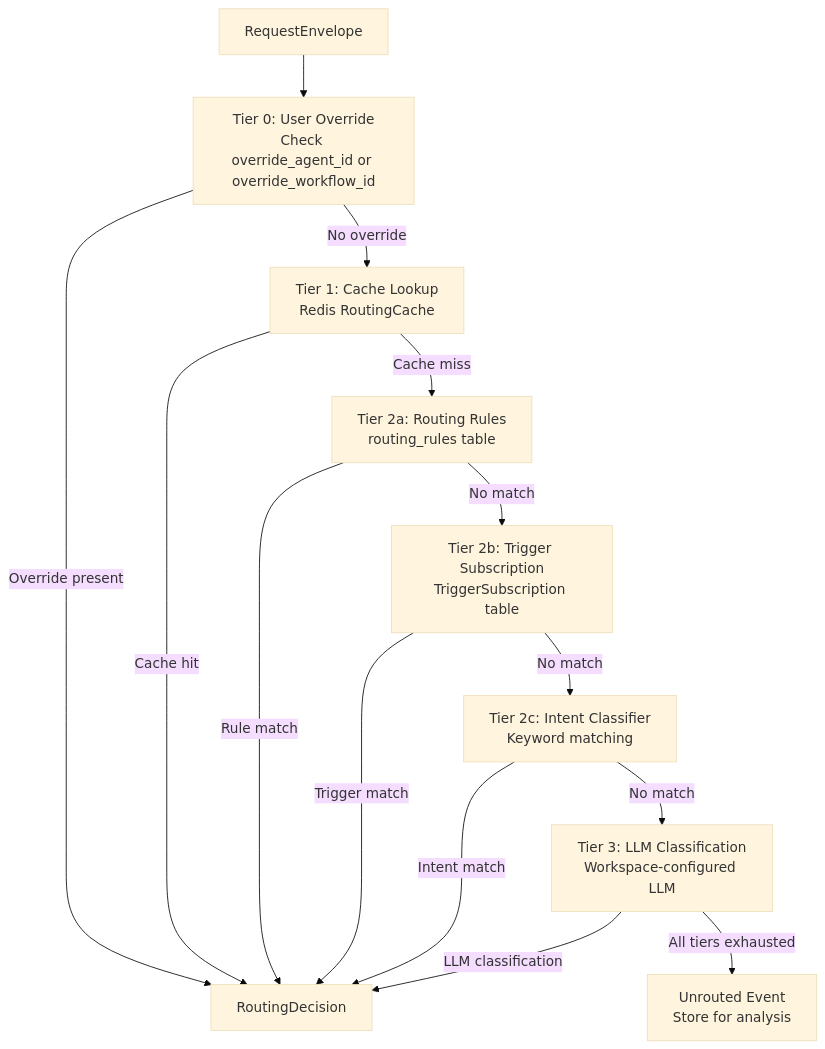
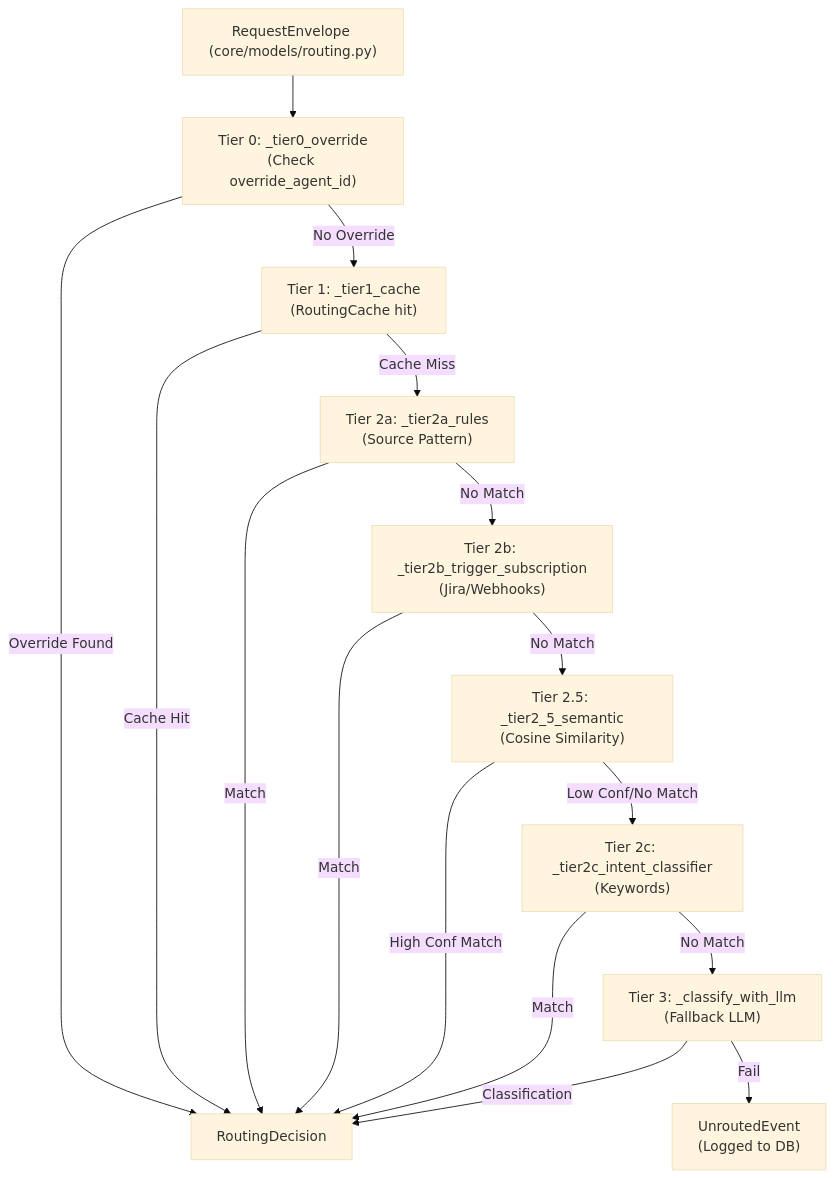
The first of 3 diagrams in docs/universal-router/tier-0-user-overrides.md (AutomatosAI/automatos-ai), drawn with Mermaid (base theme) before and after one commit. The commit also changed other lines of this file and 149 other files, not shown here.

Commit message:
docs: refresh documentation with graphify semantic scan

````diff
--- a/docs/universal-router/tier-0-user-overrides.md
+++ b/docs/universal-router/tier-0-user-overrides.md
@@ -38,26 +47,29 @@
 ```mermaid
 graph TD
-    Start["RequestEnvelope"]
-    T0["Tier 0: User Override<br/>Check override_agent_id or override_workflow_id"]
-    T1["Tier 1: Cache Lookup<br/>Redis RoutingCache"]
-    T2a["Tier 2a: Routing Rules<br/>routing_rules table"]
-    T2b["Tier 2b: Trigger Subscription<br/>TriggerSubscription table"]
-    T2c["Tier 2c: Intent Classifier<br/>Keyword matching"]
-    T3["Tier 3: LLM Classification<br/>Workspace-configured LLM"]
+    Start["RequestEnvelope (core/models/routing.py)"]
+    T0["Tier 0: _tier0_override<br/>(Check override_agent_id)"]
+    T1["Tier 1: _tier1_cache<br/>(RoutingCache hit)"]
+    T2a["Tier 2a: _tier2a_rules<br/>(Source Pattern)"]
+    T2b["Tier 2b: _tier2b_trigger_subscription<br/>(Jira/Webhooks)"]
+    T2_5["Tier 2.5: _tier2_5_semantic<br/>(Cosine Similarity)"]
+    T2c["Tier 2c: _tier2c_intent_classifier<br/>(Keywords)"]
+    T3["Tier 3: _classify_with_llm<br/>(Fallback LLM)"]
     Decision["RoutingDecision"]
-    NoRoute["Unrouted Event<br/>Store for analysis"]
+    NoRoute["UnroutedEvent<br/>(Logged to DB)"]
     
     Start --> T0
-    T0 -->|"Override present"| Decision
-    T0 -->|"No override"| T1
-    T1 -->|"Cache hit"| Decision
-    T1 -->|"Cache miss"| T2a
-    T2a -->|"Rule match"| Decision
-    T2a -->|"No match"| T2b
-    T2b -->|"Trigger match"| Decision
-    T2b -->|"No match"| T2c
-    T2c -->|"Intent match"| Decision
-    T2c -->|"No match"| T3
-    T3 -->|"LLM classification"| Decision
-    T3 -->|"All tiers exhausted"| NoRoute
+    T0 -->|"Override Found"| Decision
+    T0 -->|"No Override"| T1
+    T1 -->|"Cache Hit"| Decision
+    T1 -->|"Cache Miss"| T2a
+    T2a -->|"Match"| Decision
+    T2a -->|"No Match"| T2b
+    T2b -->|"Match"| Decision
+    T2b -->|"No Match"| T2_5
+    T2_5 -->|"High Conf Match"| Decision
+    T2_5 -->|"Low Conf/No Match"| T2c
+    T2c -->|"Match"| Decision
+    T2c -->|"No Match"| T3
+    T3 -->|"Classification"| Decision
+    T3 -->|"Fail"| NoRoute
 ```
````
